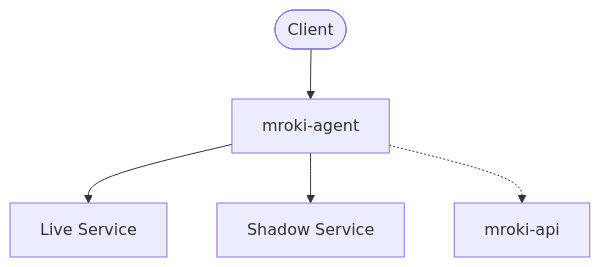
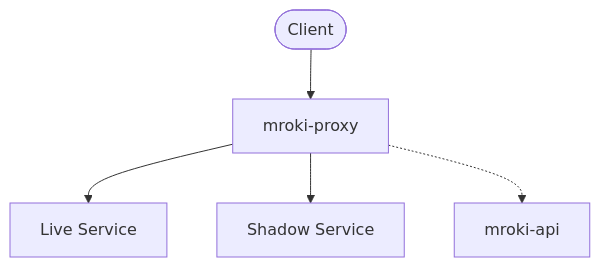
Before and after one commit to pedrobarco/mroki: the fourth of 5 diagrams in docs/architecture/OVERVIEW.md, drawn with Mermaid. The commit also changed other lines of this file and 32 other files, not shown here.

First line of the commit message:
refactor: rename mroki-agent to mroki-proxy

````diff
--- a/docs/architecture/OVERVIEW.md
+++ b/docs/architecture/OVERVIEW.md
@@ -368,7 +368,7 @@
 ```mermaid
 graph TD
-    Client([Client]) --> Agent[mroki-agent]
-    Agent --> Live[Live Service]
-    Agent --> Shadow[Shadow Service]
-    Agent -.-> API[mroki-api]
+    Client([Client]) --> Proxy[mroki-proxy]
+    Proxy --> Live[Live Service]
+    Proxy --> Shadow[Shadow Service]
+    Proxy -.-> API[mroki-api]
 ```
````
